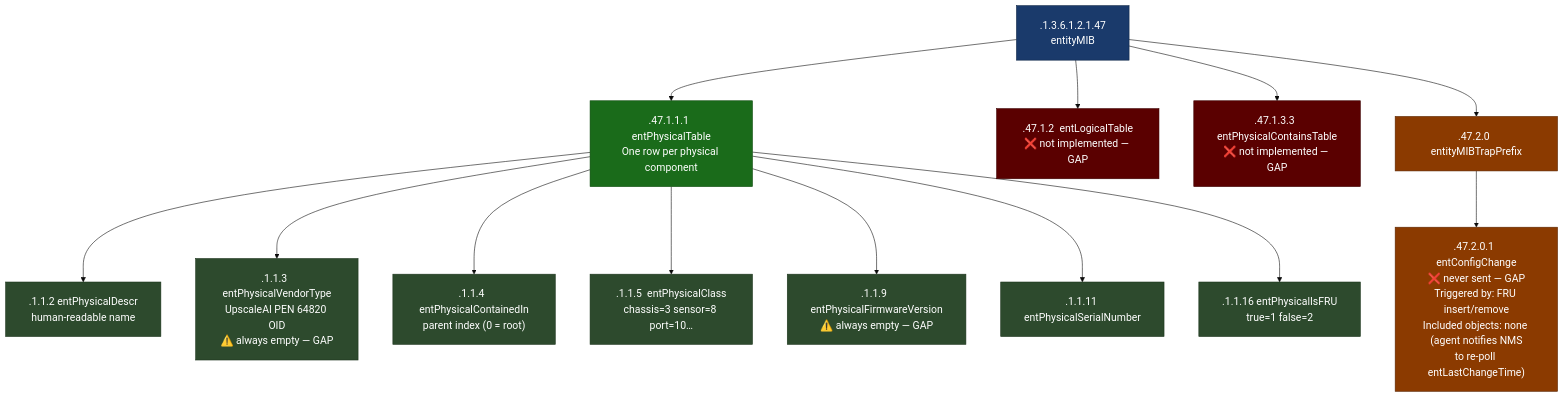
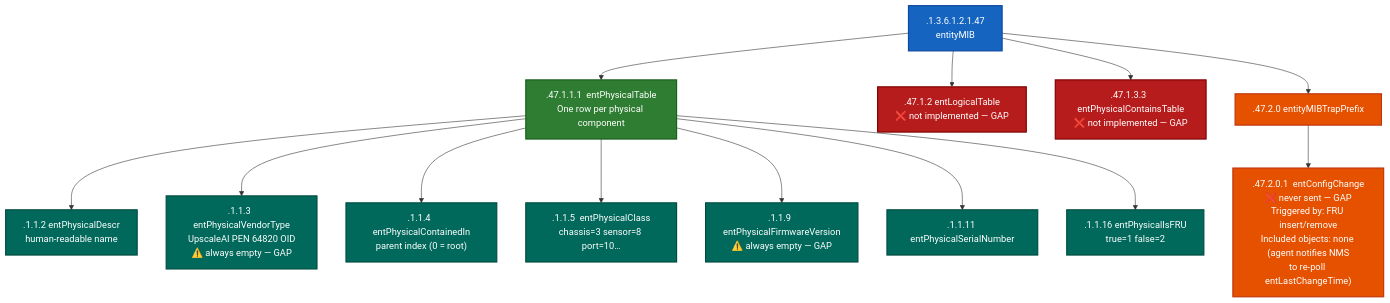
Before and after one commit to thongal-upscale/sonic-snmpagent: the tenth of 17 diagrams in docs/nms_compliance_gaps.md, drawn with Mermaid. The commit also changed other lines of this file, not shown here.

Commit message:
docs: redesign diagrams with vibrant colors, expand pytest lifecycle, add BGP AgentX container

````diff
--- a/docs/nms_compliance_gaps.md
+++ b/docs/nms_compliance_gaps.md
@@ -675,30 +738,29 @@
 ```mermaid
-%%{init: {'theme': 'base', 'themeVariables': {'fontSize': '18px', 'lineHeight': '1.5'}, 'flowchart': {'nodeSpacing': 60, 'rankSpacing': 70, 'padding': 20}, 'sequence': {'actorFontSize': 18, 'noteFontSize': 17, 'messageFontSize': 17}}}%%
 graph TD
-    classDef root fill:#1a3a6b,color:#fff,stroke:#0d2545
-    classDef table fill:#1a6b1a,color:#fff,stroke:#0d4a0d
-    classDef obj fill:#2d4a2d,color:#fff,stroke:#1a331a
-    classDef notif fill:#8b3a00,color:#fff,stroke:#5a2500
-    classDef gap fill:#5a0000,color:#fff,stroke:#3d0000
+    classDef root fill:#1565C0,color:#fff,stroke:#0D47A1,stroke-width:2px
+    classDef table fill:#2E7D32,color:#fff,stroke:#1B5E20,stroke-width:2px
+    classDef obj fill:#00695C,color:#fff,stroke:#004D40,stroke-width:2px
+    classDef notif fill:#E65100,color:#fff,stroke:#BF360C,stroke-width:2px
+    classDef gap fill:#B71C1C,color:#fff,stroke:#7F0000,stroke-width:2px
 
     ROOT[".1.3.6.1.2.1.47\nentityMIB"]:::root
     PHYS[".47.1.1.1  entPhysicalTable\nOne row per physical component"]:::table
     LOG[".47.1.2  entLogicalTable\n❌ not implemented — GAP"]:::gap
     CONTAINS[".47.1.3.3  entPhysicalContainsTable\n❌ not implemented — GAP"]:::gap
     NOTIF[".47.2.0  entityMIBTrapPrefix"]:::notif
 
     ROOT --> PHYS
     ROOT --> LOG
     ROOT --> CONTAINS
     ROOT --> NOTIF
 
     PHYS --> C1[".1.1.2  entPhysicalDescr\nhuman-readable name"]:::obj
     PHYS --> C2[".1.1.3  entPhysicalVendorType\nUpscaleAI PEN 64820 OID\n⚠️ always empty — GAP"]:::obj
     PHYS --> C3[".1.1.4  entPhysicalContainedIn\nparent index (0 = root)"]:::obj
     PHYS --> C4[".1.1.5  entPhysicalClass\nchassis=3 sensor=8 port=10…"]:::obj
     PHYS --> C5[".1.1.9  entPhysicalFirmwareVersion\n⚠️ always empty — GAP"]:::obj
     PHYS --> C6[".1.1.11 entPhysicalSerialNumber"]:::obj
     PHYS --> C7[".1.1.16 entPhysicalIsFRU\ntrue=1 false=2"]:::obj
 
     NOTIF --> N1[".47.2.0.1  entConfigChange\n❌ never sent — GAP\nTriggered by: FRU insert/remove\nIncluded objects: none (agent notifies NMS\nto re-poll entLastChangeTime)"]:::notif
 ```
````
